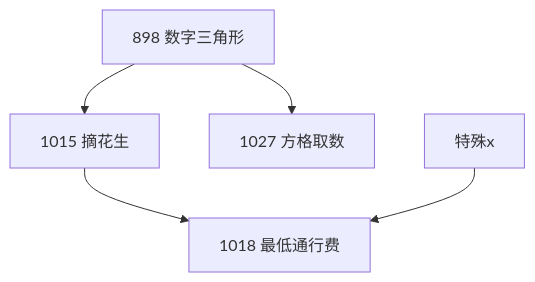
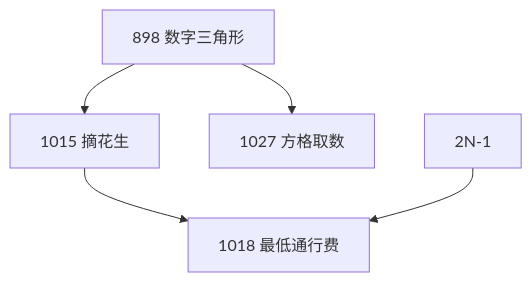
The diagram in 6*-动态规划进阶/6*.1-数字三角形模型.md (cuberxl/Coders-Note), drawn with Mermaid before and after one commit. The commit also changed other lines of this file, not shown here.

````diff
--- a/6*-动态规划进阶/6*.1-数字三角形模型.md
+++ b/6*-动态规划进阶/6*.1-数字三角形模型.md
@@ -5,7 +5,7 @@
 ```mermaid
 graph TD
 A[898 数字三角形]-->B[1015 摘花生]
 A-->C[1027 方格取数]
 B-->D[1018 最低通行费]
-E[特殊x]-->D
+E[2N-1]-->D
 ```
````
